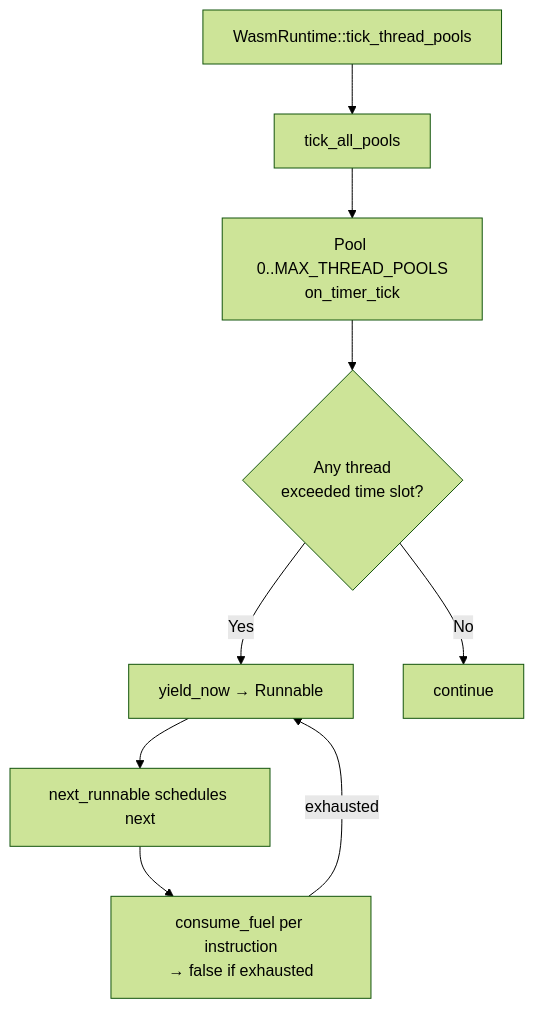
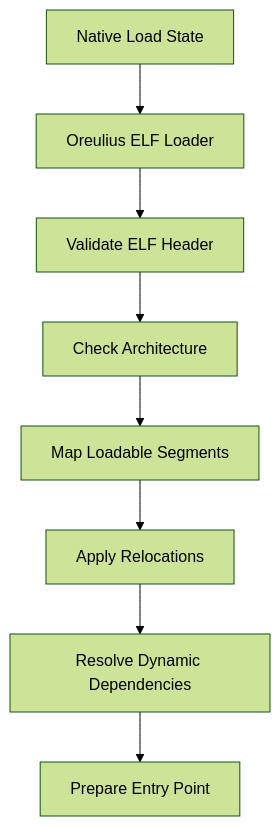
One commit to reeveskeefe/Oreulius-Kernel changed the fourth of 8 diagrams in kernel/src/execution/README.md. Above: the diagram before and after it, drawn with Mermaid (forest theme). The commit also changed other lines of this file, not shown here.

````diff
--- a/kernel/src/execution/README.md
+++ b/kernel/src/execution/README.md
@@ -761,11 +126,11 @@
 ```mermaid
-graph TD
-    A[WasmRuntime::tick_thread_pools] --> B[tick_all_pools]
-    B --> C[Pool 0..MAX_THREAD_POOLS\non_timer_tick]
-    C --> D{Any thread\nexceeded time slot?}
-    D -->|Yes| E[yield_now → Runnable]
-    D -->|No| F[continue]
-    E --> G[next_runnable schedules next]
-    G --> H[consume_fuel per instruction\n→ false if exhausted]
-    H -->|exhausted| E
+flowchart TD
+    A[Native Load State] --> B[Oreulius ELF Loader]
+
+    B --> C[Validate ELF Header]
+    C --> D[Check Architecture]
+    D --> E[Map Loadable Segments]
+    E --> F[Apply Relocations]
+    F --> G[Resolve Dynamic Dependencies]
+    G --> H[Prepare Entry Point]
 ```
````
